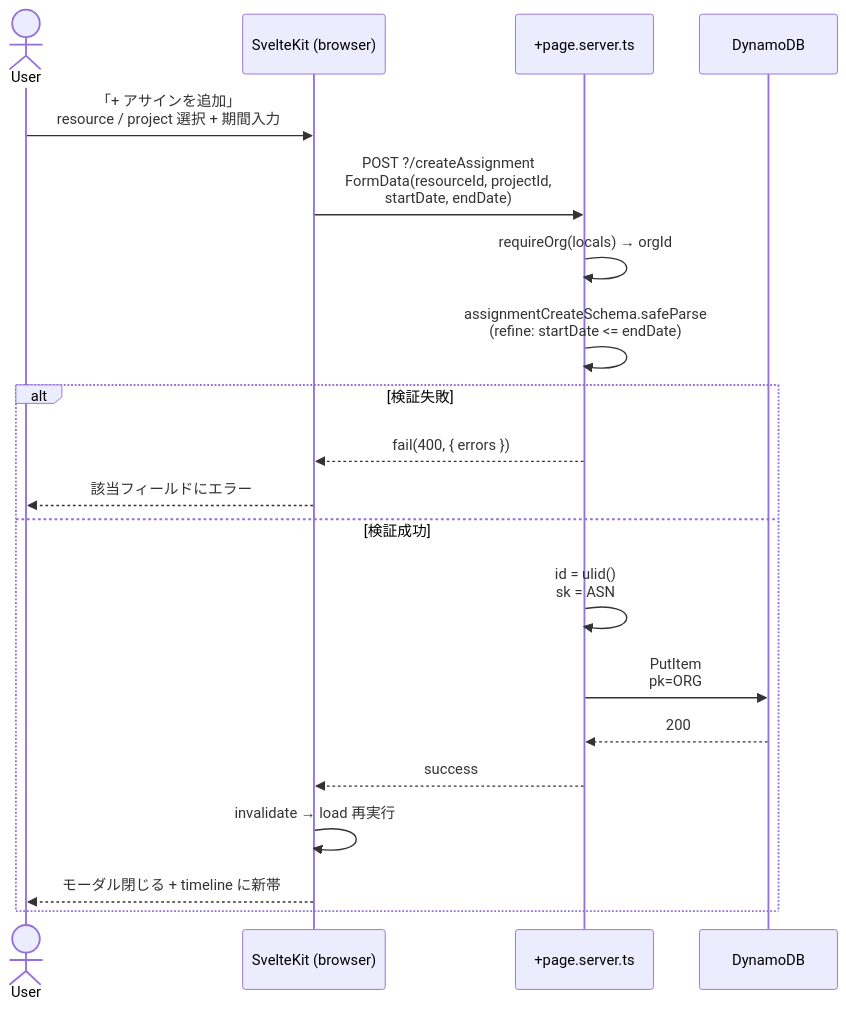
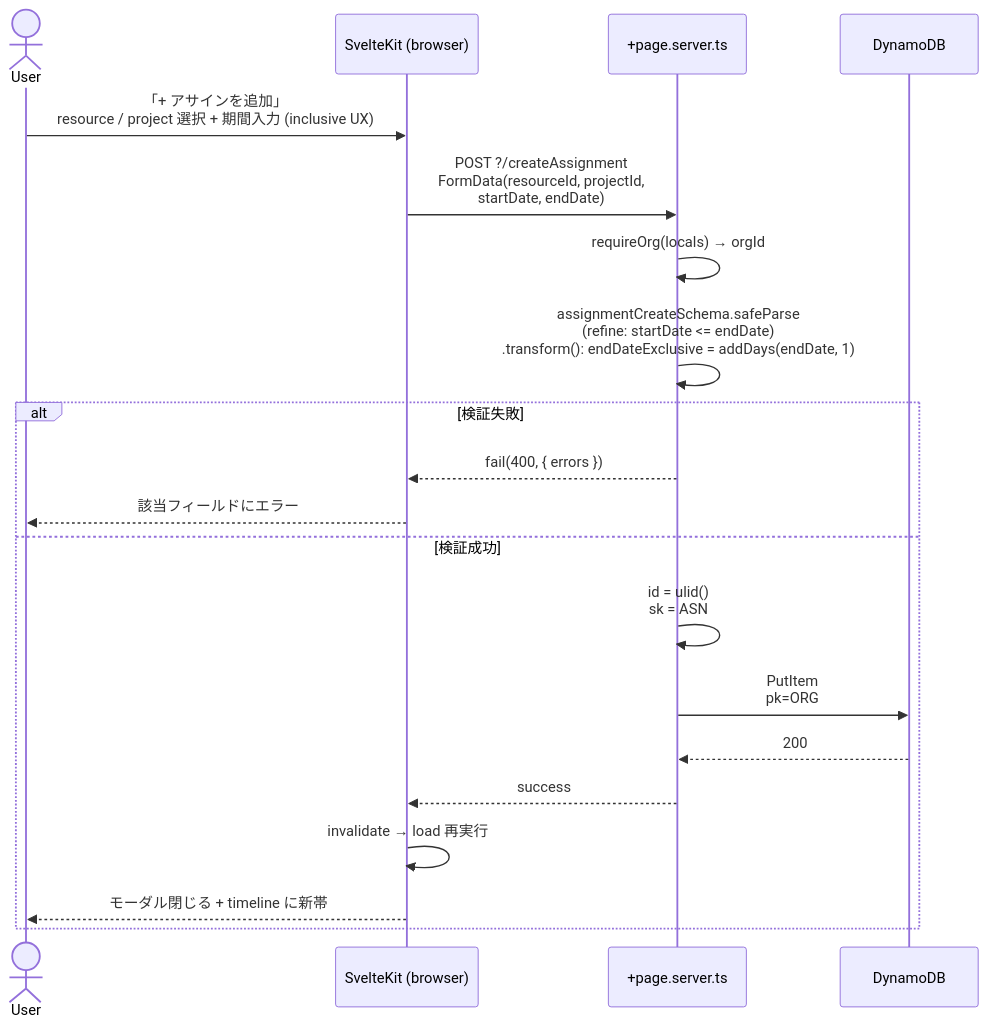
Before and after one commit to tommykey-apps/resource-planner: the fourth of 4 diagrams in docs/use-cases.md, drawn with Mermaid. The commit also changed other lines of this file and 11 other files, not shown here.

First line of the commit message:
refactor: endDate を業界標準 (exclusive 半開区間 + form transform) に切替

````diff
--- a/docs/use-cases.md
+++ b/docs/use-cases.md
@@ -216,24 +216,24 @@
 ```mermaid
 sequenceDiagram
     actor User
     participant SK as SvelteKit (browser)
     participant Server as +page.server.ts
     participant DDB as DynamoDB
 
-    User->>SK: 「+ アサインを追加」<br/>resource / project 選択 + 期間入力
+    User->>SK: 「+ アサインを追加」<br/>resource / project 選択 + 期間入力 (inclusive UX)
     SK->>Server: POST ?/createAssignment<br/>FormData(resourceId, projectId,<br/>startDate, endDate)
 
     Server->>Server: requireOrg(locals) → orgId
-    Server->>Server: assignmentCreateSchema.safeParse<br/>(refine: startDate <= endDate)
+    Server->>Server: assignmentCreateSchema.safeParse<br/>(refine: startDate <= endDate)<br/>.transform(): endDateExclusive = addDays(endDate, 1)
     alt 検証失敗
         Server-->>SK: fail(400, { errors })
         SK-->>User: 該当フィールドにエラー
     else 検証成功
         Server->>Server: id = ulid()<br/>sk = ASN#{startDate}#{id}
-        Server->>DDB: PutItem<br/>pk=ORG#{orgId}, sk=ASN#...,<br/>{ id, resourceId, projectId,<br/>startDate, endDate }<br/>ConditionExpression: attribute_not_exists(sk)
+        Server->>DDB: PutItem<br/>pk=ORG#{orgId}, sk=ASN#...,<br/>{ id, resourceId, projectId,<br/>startDate, endDateExclusive }<br/>ConditionExpression: attribute_not_exists(sk)
         DDB-->>Server: 200
         Server-->>SK: success
         SK->>SK: invalidate → load 再実行
         SK-->>User: モーダル閉じる + timeline に新帯
     end
 ```
````
